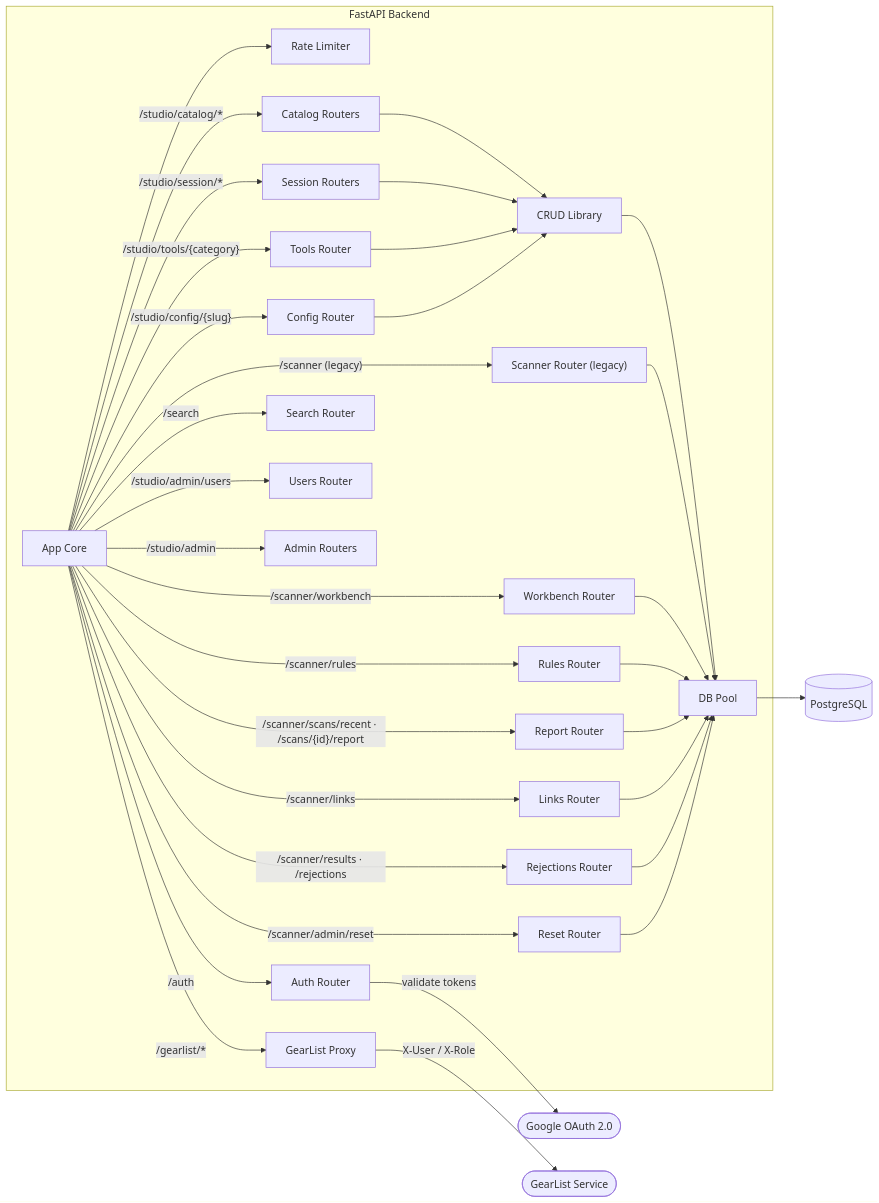
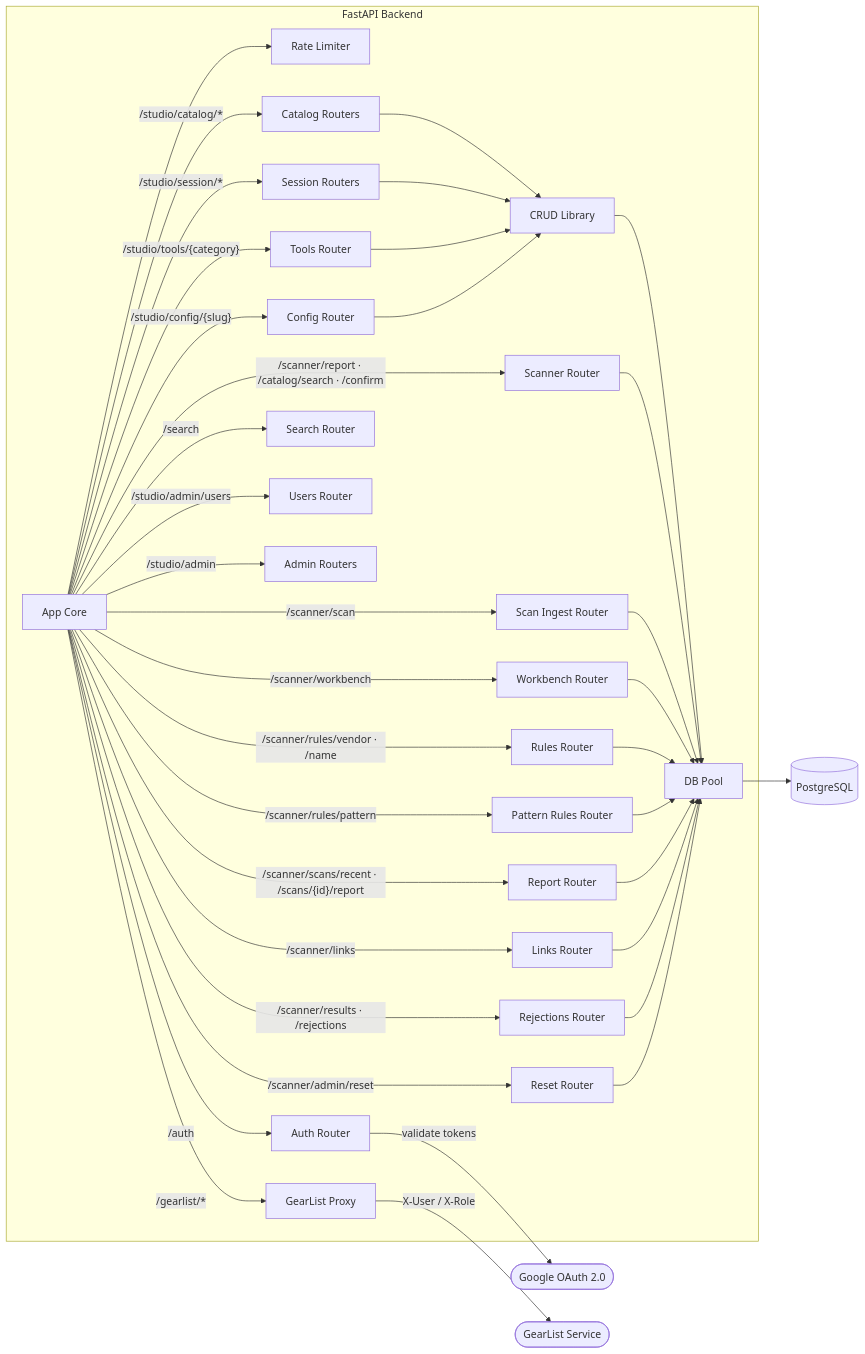
Before and after one commit to edtbl76/stud.io: the diagram in docs/arch/diagrams/l3-backend.md, drawn with Mermaid. The commit also changed other lines of this file and 7 other files, not shown here.

````diff
--- a/docs/arch/diagrams/l3-backend.md
+++ b/docs/arch/diagrams/l3-backend.md
@@ -5,62 +5,68 @@
 ```mermaid
 graph LR
     subgraph backend ["FastAPI Backend"]
         appcore["App Core"]
         limiter["Rate Limiter"]
         authrouter["Auth Router"]
         catalogrouters["Catalog Routers"]
         sessionrouters["Session Routers"]
         toolsrouter["Tools Router"]
         configrouter["Config Router"]
         searchrouter["Search Router"]
         usersrouter["Users Router"]
         adminrouters["Admin Routers"]
         gearlistrouter["GearList Proxy"]
-        scannerrouter["Scanner Router (legacy)"]
+        scannerrouter["Scanner Router"]
+        ingestrouter["Scan Ingest Router"]
+        patternrulesrouter["Pattern Rules Router"]
         workbenchrouter["Workbench Router"]
         rulesrouter["Rules Router"]
         reportrouter["Report Router"]
         linksrouter["Links Router"]
         rejectionsrouter["Rejections Router"]
         resetrouter["Reset Router"]
         crudlib["CRUD Library"]
         dbpool["DB Pool"]
     end
 
     db[("PostgreSQL")]
     google(["Google OAuth 2.0"])
     gearlist(["GearList Service"])
 
     appcore --> limiter
     appcore -->|"/auth"| authrouter
     appcore -->|"/studio/catalog/*"| catalogrouters
     appcore -->|"/studio/session/*"| sessionrouters
     appcore -->|"/studio/tools/{category}"| toolsrouter
     appcore -->|"/studio/config/{slug}"| configrouter
     appcore -->|"/search"| searchrouter
     appcore -->|"/studio/admin/users"| usersrouter
     appcore -->|"/studio/admin"| adminrouters
     appcore -->|"/gearlist/*"| gearlistrouter
-    appcore -->|"/scanner (legacy)"| scannerrouter
+    appcore -->|"/scanner/report · /catalog/search · /confirm"| scannerrouter
+    appcore -->|"/scanner/scan"| ingestrouter
     appcore -->|"/scanner/workbench"| workbenchrouter
-    appcore -->|"/scanner/rules"| rulesrouter
+    appcore -->|"/scanner/rules/vendor · /name"| rulesrouter
+    appcore -->|"/scanner/rules/pattern"| patternrulesrouter
     appcore -->|"/scanner/scans/recent · /scans/{id}/report"| reportrouter
     appcore -->|"/scanner/links"| linksrouter
     appcore -->|"/scanner/results · /rejections"| rejectionsrouter
     appcore -->|"/scanner/admin/reset"| resetrouter
     catalogrouters --> crudlib
     sessionrouters --> crudlib
     toolsrouter --> crudlib
     configrouter --> crudlib
     crudlib --> dbpool
     scannerrouter --> dbpool
+    ingestrouter --> dbpool
     workbenchrouter --> dbpool
     rulesrouter --> dbpool
+    patternrulesrouter --> dbpool
     reportrouter --> dbpool
     linksrouter --> dbpool
     rejectionsrouter --> dbpool
     resetrouter --> dbpool
     dbpool --> db
     authrouter -->|"validate tokens"| google
     gearlistrouter -->|"X-User / X-Role"| gearlist
 ```
````
